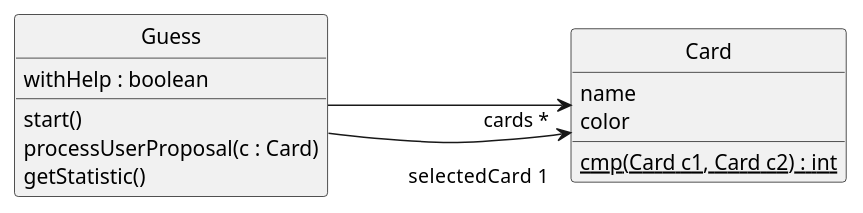
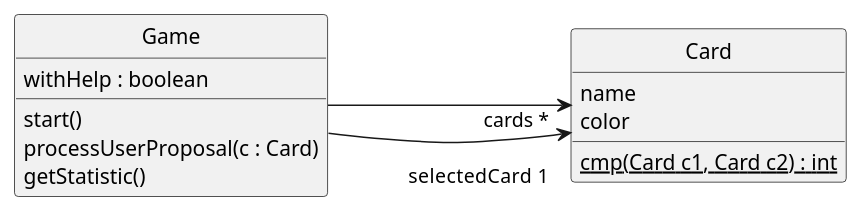
Before and after one commit to LucSarrazin/GuessWhat: the diagram in doc/readme.adoc, drawn with PlantUML. The commit also changed 12 other files, not shown here.

```diff
--- a/doc/readme.adoc
+++ b/doc/readme.adoc
@@ -5,21 +5,21 @@
 [plantuml, diagram-classes, png]
 ....
-class Guess {
+class Game {
   withHelp : boolean
 
   start()
   processUserProposal(c : Card)
   getStatistic()
 }
 
 class Card {
   name
   color
   {static} cmp(Card c1, Card c2) : int
 }
 
-Guess -> "\nselectedCard  1  " Card : "                             "
-Guess -> "cards *  " Card : "                                     "
+Game -> "\nselectedCard  1  " Card : "                             "
+Game -> "cards *  " Card : "                                     "
 
 hide circle
 ....
```
